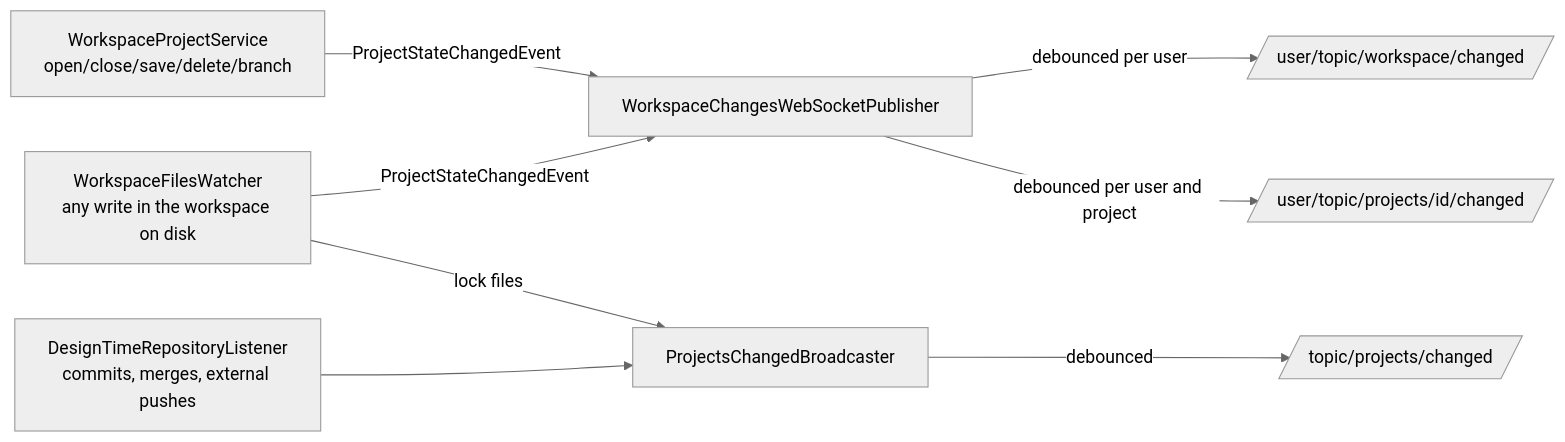
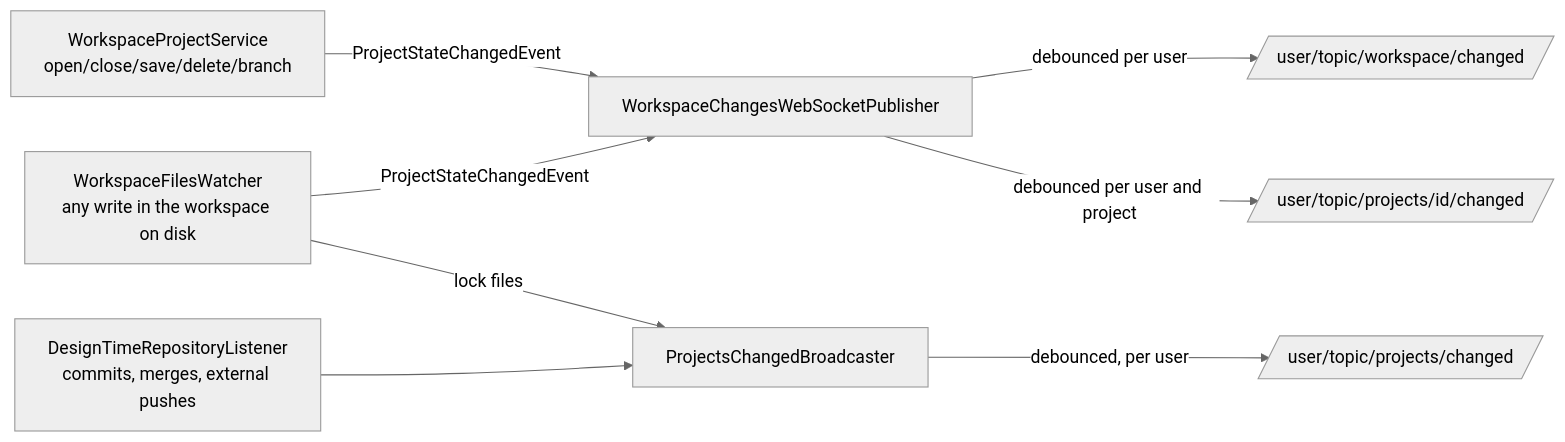
Before and after one commit to openl-tablets/openl-tablets: the diagram in Docs/architecture/websocket-change-notifications.md, drawn with Mermaid (neutral theme). The commit also changed other lines of this file and 41 other files, not shown here.

````diff
--- a/Docs/architecture/websocket-change-notifications.md
+++ b/Docs/architecture/websocket-change-notifications.md
@@ -61,10 +101,10 @@
 ```mermaid
 flowchart LR
     A[WorkspaceProjectService<br/>open/close/save/delete/branch] -->|ProjectStateChangedEvent| P[WorkspaceChangesWebSocketPublisher]
     W[WorkspaceFilesWatcher<br/>any write in the workspace on disk] -->|ProjectStateChangedEvent| P
     P -->|debounced per user| U[/user/topic/workspace/changed/]
     P -->|debounced per user and project| V[/user/topic/projects/id/changed/]
     C[DesignTimeRepositoryListener<br/>commits, merges, external pushes] --> D[ProjectsChangedBroadcaster]
     W -->|lock files| D
-    D -->|debounced| G[/topic/projects/changed/]
+    D -->|debounced, per user| G[/user/topic/projects/changed/]
 ```
````
